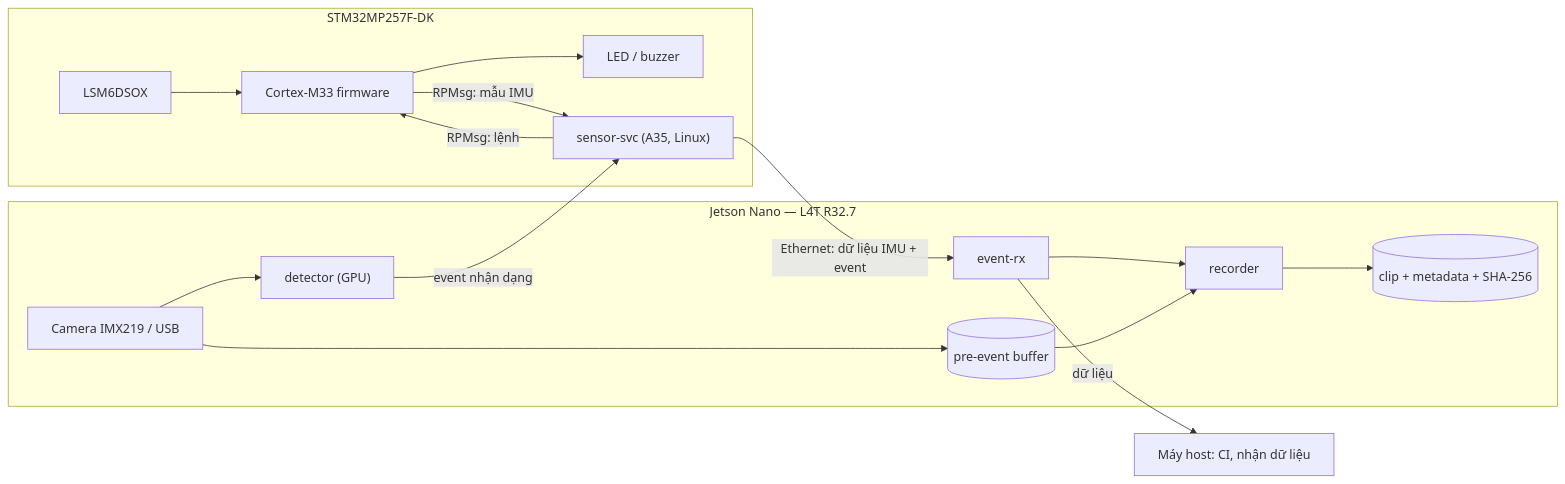
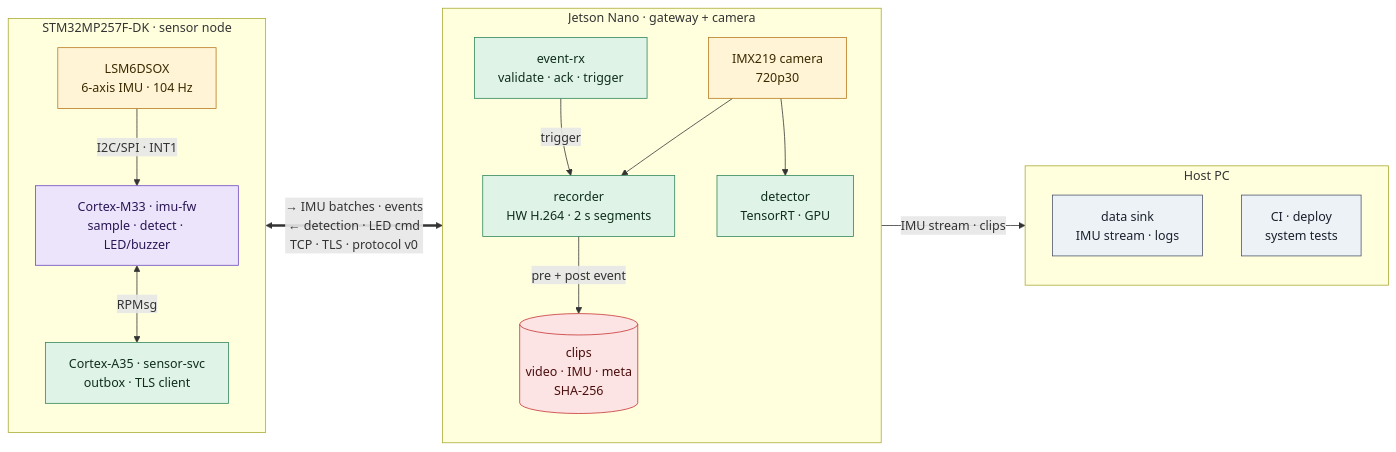
Before and after one commit to KaithanNguyen/embedded-linux-roadmap: the first of 6 diagrams in projects/stm32mp257f-dk_jetson-nano/README.md, drawn with Mermaid. The commit also changed other lines of this file and 64 other files, not shown here.

````diff
--- a/projects/stm32mp257f-dk_jetson-nano/README.md
+++ b/projects/stm32mp257f-dk_jetson-nano/README.md
@@ -20,20 +44,40 @@
 ```mermaid
+%%{init: {"flowchart": {"curve": "basis"}}}%%
 flowchart LR
-  subgraph MP2["STM32MP257F-DK"]
-    IMU["LSM6DSOX"] --> M33["Cortex-M33 firmware"]
-    M33 --> LED["LED / buzzer"]
-    M33 -- "RPMsg: mẫu IMU" --> SVC["sensor-svc (A35, Linux)"]
-    SVC -- "RPMsg: lệnh" --> M33
+  subgraph MP2["STM32MP257F-DK · sensor node"]
+    direction TB
+    IMU["LSM6DSOX<br/>6-axis IMU · 104 Hz"]:::hw
+    FW["Cortex-M33 · imu-fw<br/>sample · detect · LED/buzzer"]:::fw
+    SVC["Cortex-A35 · sensor-svc<br/>outbox · TLS client"]:::svc
+    IMU -->|"I2C/SPI · INT1"| FW
+    FW <-->|"RPMsg"| SVC
   end
-  subgraph JN["Jetson Nano — L4T R32.7"]
-    RX["event-rx"] --> REC["recorder"]
-    CAM["Camera IMX219 / USB"] --> PRE[("pre-event buffer")]
-    PRE --> REC
-    REC --> OUT[("clip + metadata + SHA-256")]
-    CAM --> DET["detector (GPU)"]
+
+  subgraph JN["Jetson Nano · gateway + camera"]
+    direction TB
+    RX["event-rx<br/>validate · ack · trigger"]:::svc
+    CAM["IMX219 camera<br/>720p30"]:::hw
+    REC["recorder<br/>HW H.264 · 2 s segments"]:::svc
+    DET["detector<br/>TensorRT · GPU"]:::svc
+    CLIPS[("clips<br/>video · IMU · meta<br/>SHA-256")]:::data
+    RX -->|"trigger"| REC
+    CAM --> REC
+    CAM --> DET
+    REC -->|"pre + post event"| CLIPS
   end
-  HOST["Máy host: CI, nhận dữ liệu"]
-  SVC -- "Ethernet: dữ liệu IMU + event" --> RX
-  DET -- "event nhận dạng" --> SVC
-  RX -- "dữ liệu" --> HOST
+
+  subgraph HOST["Host PC"]
+    direction TB
+    SINK["data sink<br/>IMU stream · logs"]:::ext
+    CI["CI · deploy<br/>system tests"]:::ext
+  end
+
+  MP2 <==>|"→ IMU batches · events<br/>← detection · LED cmd<br/>TCP · TLS · protocol v0"| JN
+  JN -->|"IMU stream · clips"| HOST
+
+  classDef hw fill:#fff4d6,stroke:#b7791f,color:#3b2a00
+  classDef fw fill:#ece4fb,stroke:#6b46c1,color:#2a1655
+  classDef svc fill:#dff3e6,stroke:#2f855a,color:#0f2e1c
+  classDef data fill:#fde4e4,stroke:#c53030,color:#4a0d0d
+  classDef ext fill:#edf2f7,stroke:#4a5568,color:#1a202c
 ```
````
